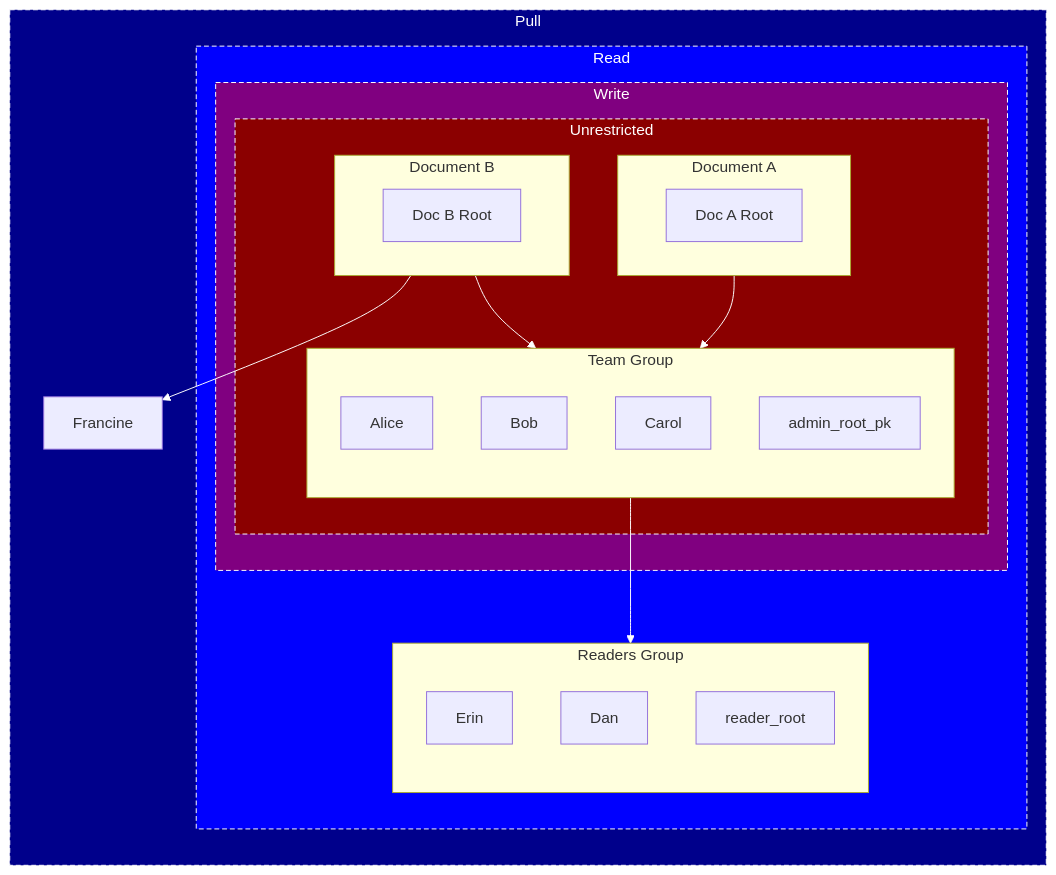
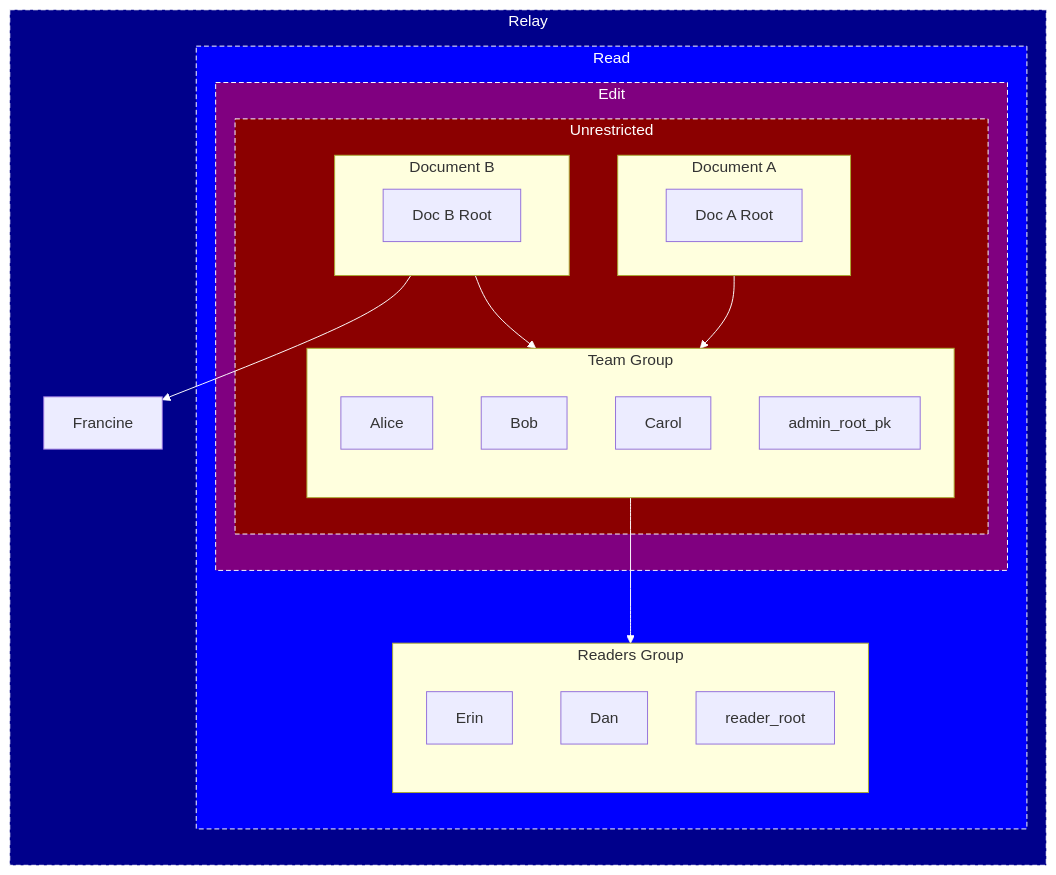
Before and after one commit to inkandswitch/keyhive: the eighth of 11 diagrams in design/group_membership.md, drawn with Mermaid. The commit also changed other lines of this file and 13 other files, not shown here.

Commit message:
Rename `Pull -> Relay`, `Write -> Edit` (#179)

````diff
--- a/design/group_membership.md
+++ b/design/group_membership.md
@@ -293,51 +293,51 @@
 ```mermaid
 %%{ init: { 'themeVariables': { 'lineColor': '#FFF' } } }%%
 flowchart BT
-    subgraph pullers[Pull]
+    subgraph pullers[Relay]
         Francine
 
         subgraph read_only[Read]
             subgraph readers[Readers Group]
                 direction TB
 
                 Erin
                 Dan
 
                 reader_root
             end
 
-            subgraph also_write[Write]
+            subgraph also_write[Edit]
                 subgraph also_change_membership[Unrestricted]
                     subgraph admins[Team Group]
                         direction TB
 
                         Alice
                         Bob
                         Carol
 
                         admin_root_pk
                     end
 
                     subgraph docA[Document A]
                         docA_root_pk[Doc A Root]
                     end
 
                     subgraph docB[Document B]
                         docB_root_pk[Doc B Root]
                     end
                 end
             end
         end
     end
 
     docA --> admins
     docB --> admins
 
     docB --> Francine
     admins --> readers
 
     style pullers color:white,fill:darkblue,stroke:#FFF,stroke-width:1px,stroke-dasharray: 5 3;
     style read_only color:white,fill:blue,stroke:#FFF,stroke-width:1px,stroke-dasharray: 5 3;
     style also_write color:white,fill:purple,stroke:#FFF,stroke-width:1px,stroke-dasharray: 5 3;
     style also_change_membership color:white,fill:darkred,stroke:#FFF,stroke-width:1px,stroke-dasharray: 5 3;
 ```
````
